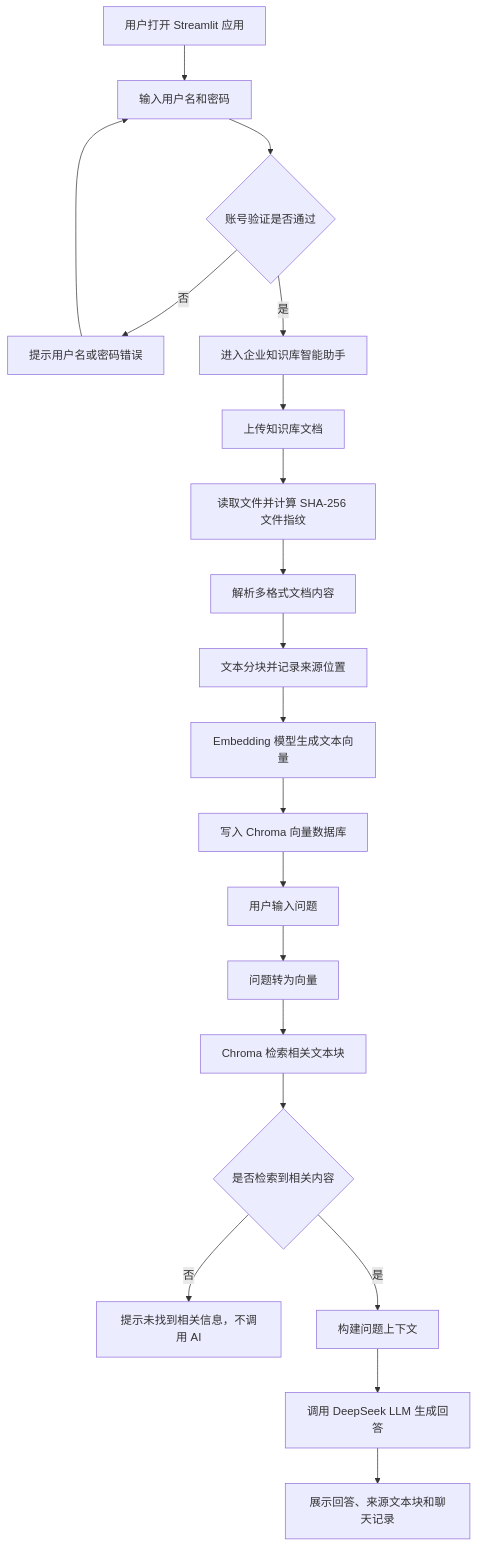
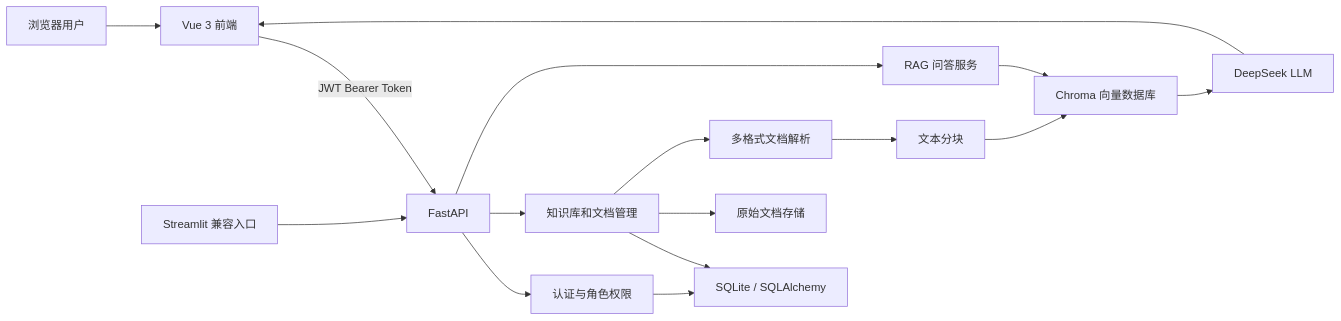
One commit to wikl02/pdf-ai-assistant changed the diagram in README.md. Above: the diagram before and after it, drawn with Mermaid. The commit also changed other lines of this file, not shown here.

Commit message:
Update README for Vue and FastAPI architecture

````diff
--- a/README.md
+++ b/README.md
@@ -182,24 +63,18 @@
 ```mermaid
-flowchart TD
-    A["用户打开 Streamlit 应用"] --> B["输入用户名和密码"]
-    B --> C{"账号验证是否通过"}
-    C -- "否" --> D["提示用户名或密码错误"]
-    D --> B
-    C -- "是" --> E["进入企业知识库智能助手"]
-
-    E --> F["上传知识库文档"]
-    F --> G["读取文件并计算 SHA-256 文件指纹"]
-    G --> H["解析多格式文档内容"]
-    H --> I["文本分块并记录来源位置"]
-    I --> J["Embedding 模型生成文本向量"]
-    J --> K["写入 Chroma 向量数据库"]
-
-    K --> L["用户输入问题"]
-    L --> M["问题转为向量"]
-    M --> N["Chroma 检索相关文本块"]
-    N --> O{"是否检索到相关内容"}
-    O -- "否" --> P["提示未找到相关信息，不调用 AI"]
-    O -- "是" --> Q["构建问题上下文"]
-    Q --> R["调用 DeepSeek LLM 生成回答"]
-    R --> S["展示回答、来源文本块和聊天记录"]
+flowchart LR
+    U["浏览器用户"] --> V["Vue 3 前端"]
+    V -->|"JWT Bearer Token"| F["FastAPI"]
+    F --> A["认证与角色权限"]
+    F --> M["知识库和文档管理"]
+    F --> Q["RAG 问答服务"]
+    A --> DB["SQLite / SQLAlchemy"]
+    M --> DB
+    M --> FS["原始文档存储"]
+    M --> P["多格式文档解析"]
+    P --> S["文本分块"]
+    S --> C["Chroma 向量数据库"]
+    Q --> C
+    C --> L["DeepSeek LLM"]
+    L --> V
+    ST["Streamlit 兼容入口"] --> F
 ```
````
